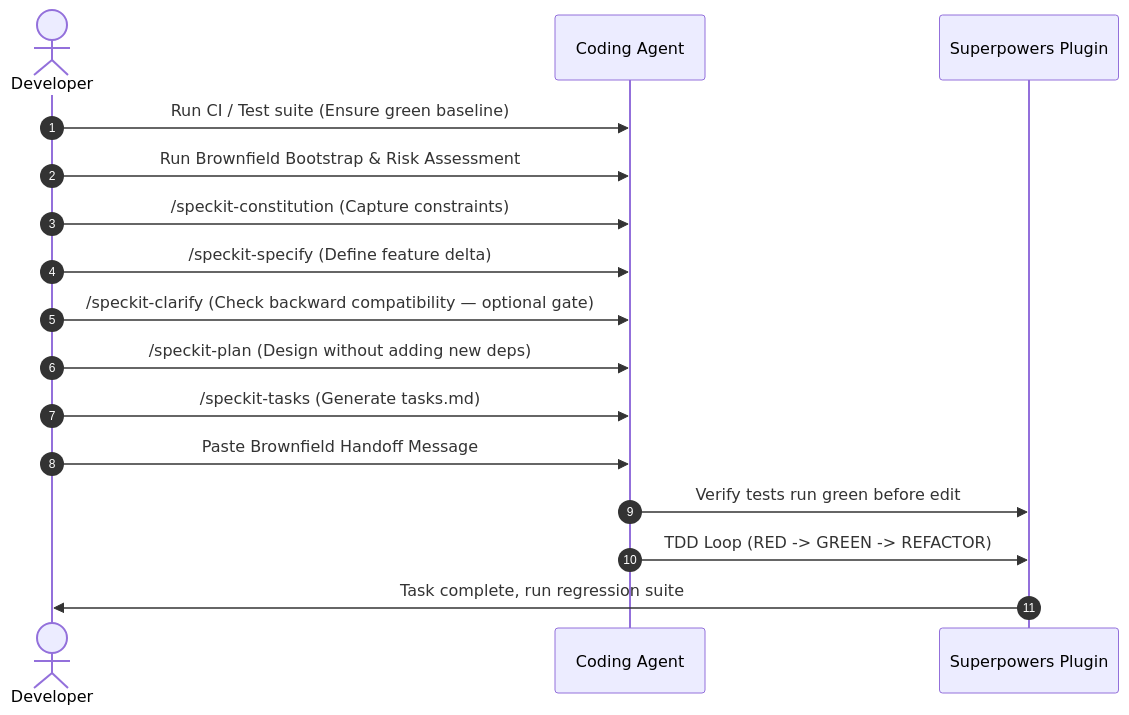
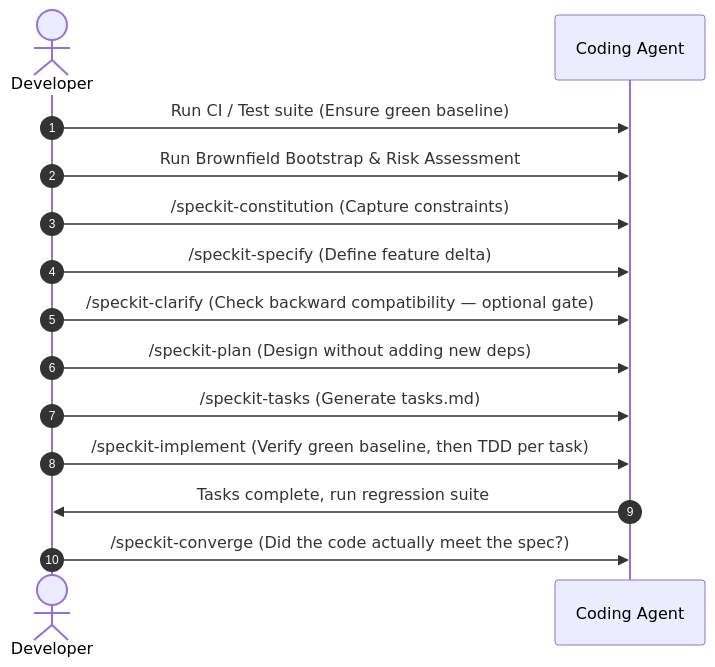
The diagram in docs/brownfield.md (exponen-agi/ai-engineering-cookbook), drawn with Mermaid before and after one commit. The commit also changed other lines of this file and 16 other files, not shown here.

First line of the commit message:
docs(workflow): Spec-Kit executes; Superpowers becomes an optional TDD layer

````diff
--- a/docs/brownfield.md
+++ b/docs/brownfield.md
@@ -9,19 +9,17 @@
 ```mermaid
 sequenceDiagram
     autonumber
     actor Developer
     participant Agent as Coding Agent
-    participant Superpowers as Superpowers Plugin
 
     Developer->>Agent: Run CI / Test suite (Ensure green baseline)
     Developer->>Agent: Run Brownfield Bootstrap & Risk Assessment
     Developer->>Agent: /speckit-constitution (Capture constraints)
     Developer->>Agent: /speckit-specify (Define feature delta)
     Developer->>Agent: /speckit-clarify (Check backward compatibility — optional gate)
     Developer->>Agent: /speckit-plan (Design without adding new deps)
     Developer->>Agent: /speckit-tasks (Generate tasks.md)
-    Developer->>Agent: Paste Brownfield Handoff Message
-    Agent->>Superpowers: Verify tests run green before edit
-    Agent->>Superpowers: TDD Loop (RED -> GREEN -> REFACTOR)
-    Superpowers->>Developer: Task complete, run regression suite
+    Developer->>Agent: /speckit-implement (Verify green baseline, then TDD per task)
+    Agent->>Developer: Tasks complete, run regression suite
+    Developer->>Agent: /speckit-converge (Did the code actually meet the spec?)
 ```
````
